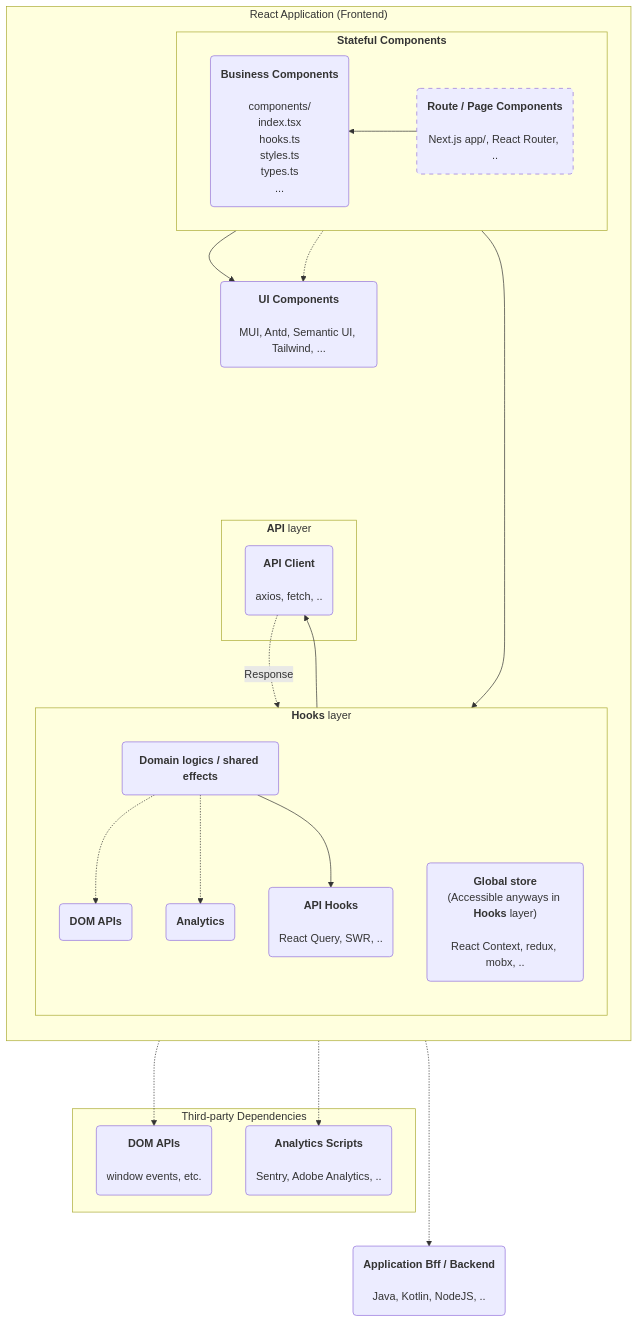
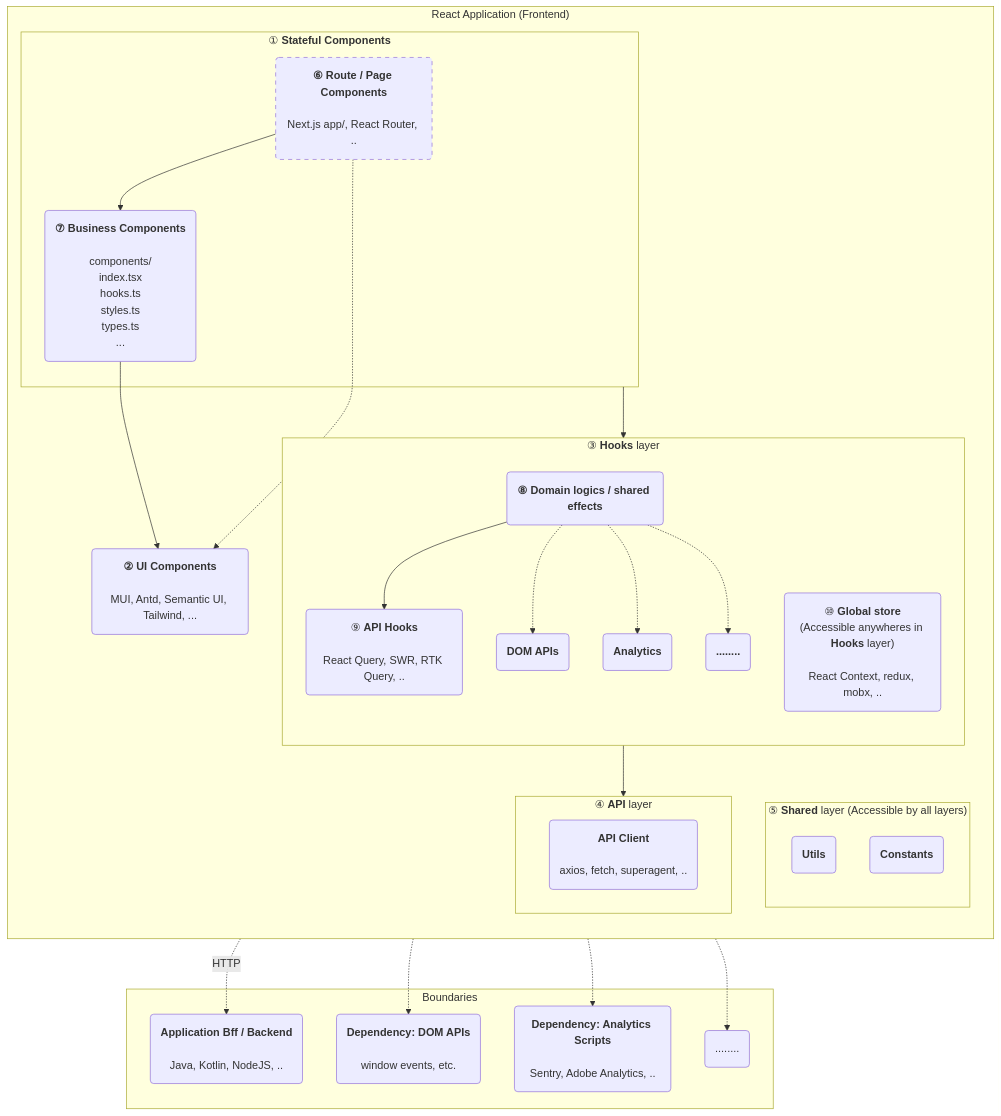
Before and after one commit to EthanLin-TWer/blog: the second of 3 diagrams in _posts/2023-12-10-react-unit-testing-best-practices.md, drawn with Mermaid. The commit also changed other lines of this file, not shown here.

Commit message:
🌞post: wrap up the first version of the final architecture diagram

````diff
--- a/_posts/2023-12-10-react-unit-testing-best-practices.md
+++ b/_posts/2023-12-10-react-unit-testing-best-practices.md
@@ -97,33 +97,44 @@
 ```mermaid
 flowchart TB
-  %% components layer
-  route_components(<b>Route / Page Components</b><br/><br/>Next.js app/, React Router, ..)
-  business_components(<b>Business Components</b><br/><br/>components/<br/>index.tsx<br/>hooks.ts<br/>styles.ts<br/>types.ts<br/>...)
-  ui_components(<b>UI Components</b><br/><br/>MUI, Antd, Semantic UI, Tailwind, ...)
+  %% definition: components layer
+  route_components("<b>⑥ Route / Page Components</b><br/><br/>Next.js app/, React Router, ..")
+  business_components("<b>⑦ Business Components</b><br/><br/>components/<br/>index.tsx<br/>hooks.ts<br/>styles.ts<br/>types.ts<br/>...")
+  ui_components("<b>② UI Components</b><br/><br/>MUI, Antd, Semantic UI, Tailwind, ...")
         
-  %% hooks layer
-  shared_hooks(<b>Domain logics / shared effects</b>)
+  %% definition: hooks layer
+  shared_hooks("<b>⑧ Domain logics / shared effects</b>")
   dom_hooks(<b>DOM APIs</b>)
   analytics_hooks(<b>Analytics</b>)
-  global_store("<b>Global store</b><br/>(Accessible anyways in <b>Hooks</b> layer)<br/><br/>React Context, redux, mobx, ..")
-  api_hooks(<b>API Hooks</b><br/><br/>React Query, SWR, ..)
+  global_store("⑩ <b>Global store</b><br/>(Accessible anywheres in <b>Hooks</b> layer)<br/><br/>React Context, redux, mobx, ..")
+  api_hooks("⑨ <b>API Hooks</b><br/><br/>React Query, SWR, RTK Query, ..")
+  etc_hooks(<b>........</b>)
 
-  api_client(<b>API Client</b><br/><br/>axios, fetch, ..)
+  %% definition: api layer
+  api_client(<b>API Client</b><br/><br/>axios, fetch, superagent, ..)
   
-%%  utils(<b>Utils</b>)
-%%  constants(<b>Constants</b>)
+  %% definition: shared layer
+  utils(<b>Utils</b>)
+  constants(<b>Constants</b>)
   
-  %% outside of boundaries
+  %% definition: outside of boundaries
   bff(<b>Application Bff / Backend</b><br/><br/>Java, Kotlin, NodeJS, ..)
-  deps_dom_apis(<b>DOM APIs</b><br/><br/>window events, etc.)
-  deps_analytics(<b>Analytics Scripts</b><br/><br/>Sentry, Adobe Analytics, ..)
+  deps_dom_apis(<b>Dependency: DOM APIs</b><br/><br/>window events, etc.)
+  deps_analytics(<b>Dependency: Analytics Scripts</b><br/><br/>Sentry, Adobe Analytics, ..)
         
+  %% styles
   style route_components stroke-dasharray: 6 6
 
+  %% start: components & connections
   subgraph app ["React Application (Frontend)"];
     direction TB
-    subgraph stateful_components [<b>Stateful Components</b>]
-      direction RL
+
+    subgraph shared_layer ["⑤ <b>Shared</b> layer (Accessible by all layers)"];
+      direction TB
+      utils
+      constants
+    end
+
+    subgraph stateful_components ["① <b>Stateful Components</b>"]
       route_components
       business_components
     end
@@ -133,46 +144,41 @@
     business_components --> ui_components
     route_components -.-> ui_components
     
-    subgraph hooks_layer [<b>Hooks</b> layer];
+    subgraph hooks_layer ["③ <b>Hooks</b> layer"];
       direction TB
-      global_store
+      api_hooks
       shared_hooks
       analytics_hooks
       dom_hooks
-      api_hooks
+      etc_hooks
+        global_store
 
+      shared_hooks --> api_hooks
       shared_hooks -.-> dom_hooks
       shared_hooks -.-> analytics_hooks
-      shared_hooks --> api_hooks
-%%      api_hooks -. ResponseDTO .-> shared_hooks
+      shared_hooks -.-> etc_hooks
+      %% mermaid will mess up the whole chart when uncommenting following, but it's required
+      %% api_hooks -. ResponseDTO .-> shared_hooks
     end
-    stateful_components ------> hooks_layer
-    
-    subgraph api_layer [<b>API</b> layer]
+    stateful_components ---> shared_hooks
+          
+    subgraph api_layer ["④ <b>API</b> layer"];
       api_client
-      
-      api_hooks --> api_client
-      api_client -. "Response" .-> api_hooks
     end
-          
-%%    subgraph shared_layer ["<b>Shared</b> layer<br/>(Accessible by all layers)"];
-%%      direction LR
-%%      utils
-%%      constants
-%%    end
-          
-%%    stateful_components -.-> shared_layer
-%%    ui_components -.-> shared_layer
-%%    hooks_layer --> shared_layer
-%%    api_layer --> shared_layer
+    api_hooks --> api_layer
+    %% api_client -. "Response" .-> api_hooks
+
   end
-
-  api_layer -...-> bff
   
-  subgraph 3rd_party_deps ["Third-party Dependencies"]; 
+  subgraph boundaries ["Boundaries"];
+    bff
     deps_dom_apis
     deps_analytics
+    deps_others(........)
   end
-  dom_hooks -..-> deps_dom_apis
-  analytics_hooks -..-> deps_analytics 
+  
+  api_layer -. "HTTP" .-> bff
+  dom_hooks -.-> deps_dom_apis
+  analytics_hooks -.-> deps_analytics 
+  etc_hooks -.-> deps_others 
 ```
````
